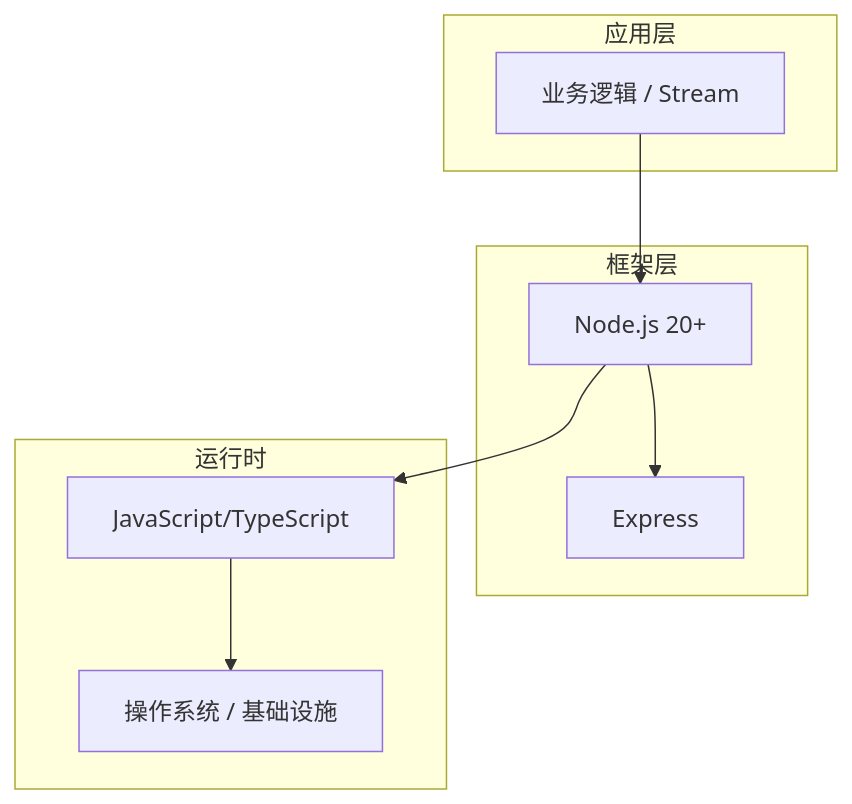
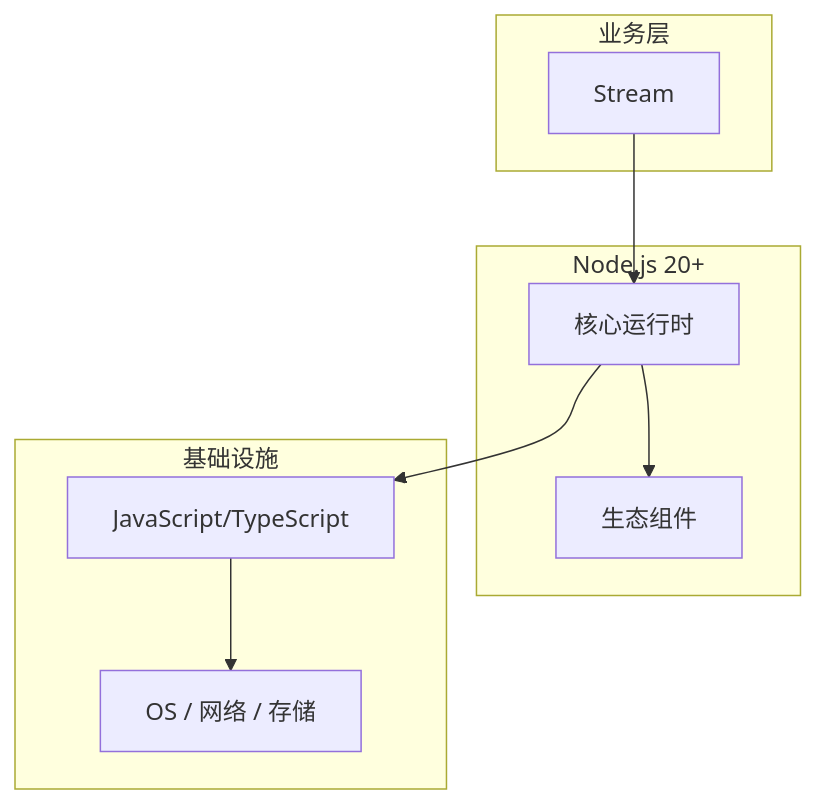
The diagram in articles/Node.js/chapters/030-Stream核心概念与原理.md (yanggan2015/knowledge-json-v2), drawn with Mermaid before and after one commit. The commit also changed other lines of this file and 10127 other files, not shown here.

````diff
--- a/articles/Node.js/chapters/030-Stream核心概念与原理.md
+++ b/articles/Node.js/chapters/030-Stream核心概念与原理.md
@@ -45,18 +34,18 @@
 ```mermaid
 graph TB
-    subgraph 应用层
-        A[业务逻辑 / Stream]
+    subgraph 业务层
+        A[Stream]
     end
-    subgraph 框架层
-        B[Node.js 20+]
-        C[Express]
+    subgraph Node.js 20+
+        B[核心运行时]
+        C[生态组件]
     end
-    subgraph 运行时
+    subgraph 基础设施
         D[JavaScript/TypeScript]
-        E[操作系统 / 基础设施]
+        E[OS / 网络 / 存储]
     end
     A --> B
     B --> C
     B --> D
     D --> E
 ```
````
